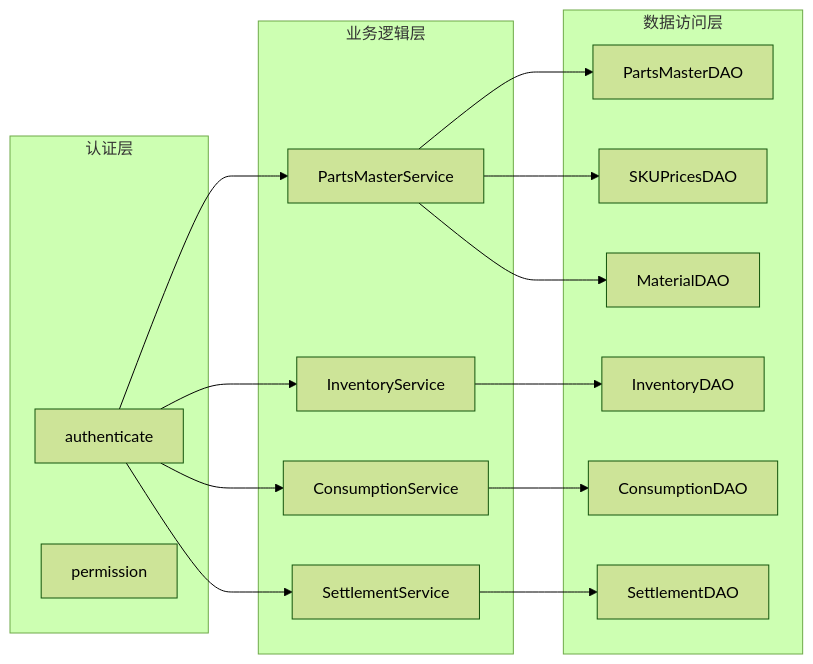
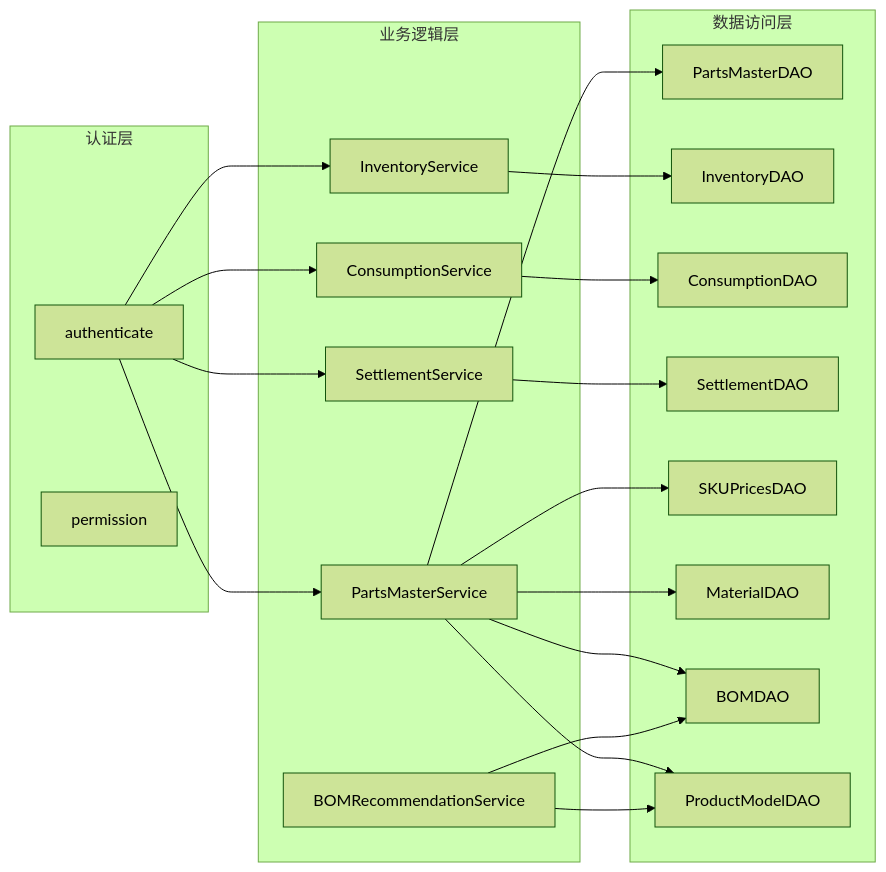
The third of 13 diagrams in .qoder/repowiki/zh/content/数据库设计/配件管理系统.md (CubeEdge/Longhorn), drawn with Mermaid (forest theme) before and after one commit. The commit also changed other lines of this file and 28 other files, not shown here.

````diff
--- a/.qoder/repowiki/zh/content/数据库设计/配件管理系统.md
+++ b/.qoder/repowiki/zh/content/数据库设计/配件管理系统.md
@@ -162,31 +194,38 @@
 ```mermaid
 graph LR
 subgraph "认证层"
 Authenticate[authenticate]
 Permission[permission]
 end
 subgraph "业务逻辑层"
 PartsMaster[PartsMasterService]
 InventoryService[InventoryService]
 ConsumptionService[ConsumptionService]
 SettlementService[SettlementService]
+BOMRecommendation[BOMRecommendationService]
 end
 subgraph "数据访问层"
 PartsMasterDAO[PartsMasterDAO]
 InventoryDAO[InventoryDAO]
 ConsumptionDAO[ConsumptionDAO]
 SettlementDAO[SettlementDAO]
 SKUPricesDAO[SKUPricesDAO]
 MaterialDAO[MaterialDAO]
+BOMDAO[BOMDAO]
+ProductModelDAO[ProductModelDAO]
 end
 Authenticate --> PartsMaster
 Authenticate --> InventoryService
 Authenticate --> ConsumptionService
 Authenticate --> SettlementService
 PartsMaster --> PartsMasterDAO
 PartsMaster --> SKUPricesDAO
 PartsMaster --> MaterialDAO
+PartsMaster --> BOMDAO
+PartsMaster --> ProductModelDAO
 InventoryService --> InventoryDAO
 ConsumptionService --> ConsumptionDAO
 SettlementService --> SettlementDAO
+BOMRecommendation --> BOMDAO
+BOMRecommendation --> ProductModelDAO
 ```
````
